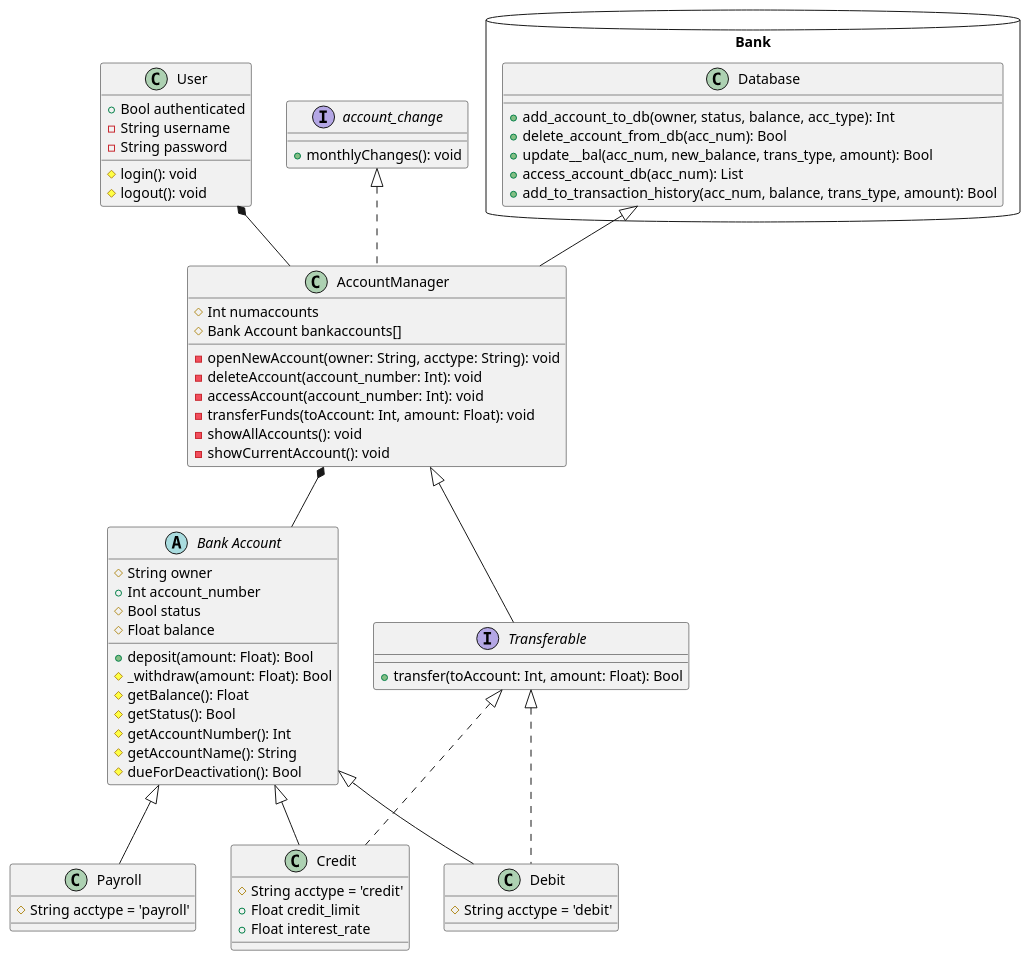
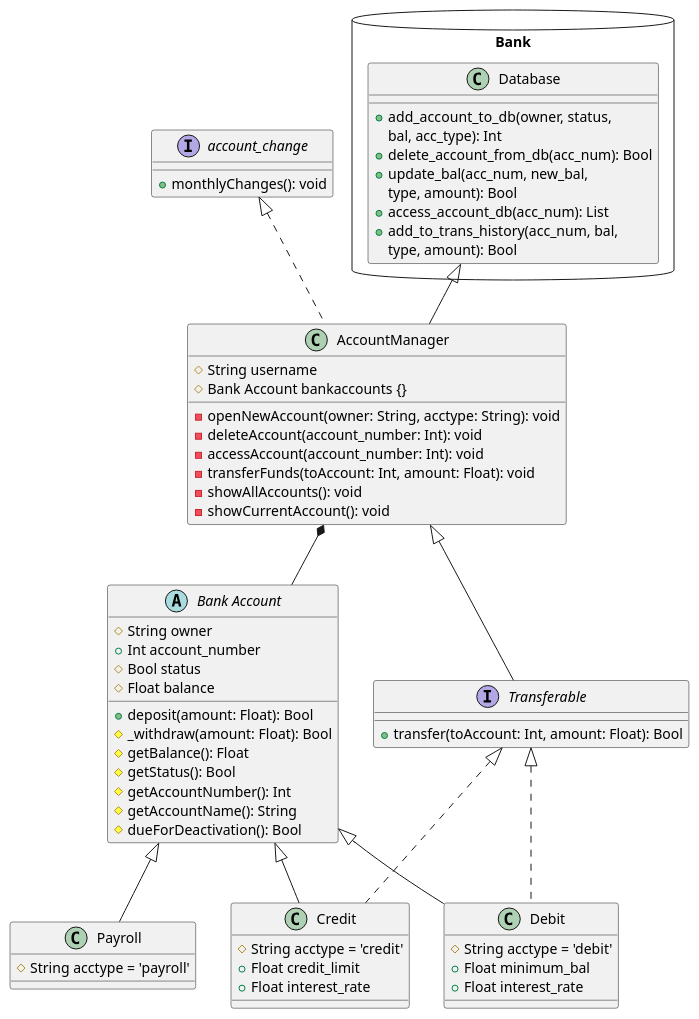
Before and after one commit to Depyter/CMSC-23: the diagram in python/Rob_Banks/bank.puml, drawn with PlantUML. The commit also changed 4 other files, not shown here.

```diff
--- a/python/Rob_Banks/bank.puml
+++ b/python/Rob_Banks/bank.puml
@@ -1,79 +1,75 @@
 @startuml Banking
 
 abstract class "Bank Account" {
     #String owner
     +Int account_number
     #Bool status
     #Float balance
     +deposit(amount: Float): Bool
     #_withdraw(amount: Float): Bool
     #getBalance(): Float
     #getStatus(): Bool
     #getAccountNumber(): Int
     #getAccountName(): String
     #dueForDeactivation(): Bool
 }
 
 interface Transferable {
     +transfer(toAccount: Int, amount: Float): Bool
 }
 
 class Payroll {
     #String acctype = 'payroll'
 }
 
 class Debit {
     #String acctype = 'debit'
+    +Float minimum_bal
+    +Float interest_rate
 }
 
 class Credit {
     #String acctype = 'credit'
     +Float credit_limit
     +Float interest_rate
 }
 
-class User {
-    +Bool authenticated
-    -String username
-    -String password
-    #login(): void
-    #logout(): void
-}
-
 class AccountManager {
-    #Int numaccounts
-    #Bank Account bankaccounts[]
+    #String username
+    #Bank Account bankaccounts {}
     -openNewAccount(owner: String, acctype: String): void
     -deleteAccount(account_number: Int): void
     -accessAccount(account_number: Int): void
     -transferFunds(toAccount: Int, amount: Float): void
     -showAllAccounts(): void
     -showCurrentAccount(): void
 }
 
 package Bank <<Database>> {
     class Database {
-        +add_account_to_db(owner, status, balance, acc_type): Int
+        +add_account_to_db(owner, status, 
+        bal, acc_type): Int
         +delete_account_from_db(acc_num): Bool
-        +update__bal(acc_num, new_balance, trans_type, amount): Bool
+        +update_bal(acc_num, new_bal, 
+        type, amount): Bool
         +access_account_db(acc_num): List
-        +add_to_transaction_history(acc_num, balance, trans_type, amount): Bool
+        +add_to_trans_history(acc_num, bal, 
+        type, amount): Bool
     }
 }
 
 interface account_change {
     +monthlyChanges(): void
 }
 
 Database <|-- AccountManager
 account_change <|.. AccountManager
 AccountManager <|-- Transferable
-User *-- AccountManager
 AccountManager *-- "Bank Account"
 "Bank Account" <|-- Payroll
 "Bank Account" <|-- Debit
 "Bank Account" <|-- Credit
 Transferable <|.. Credit
 Transferable <|.. Debit
 
 @enduml
```
